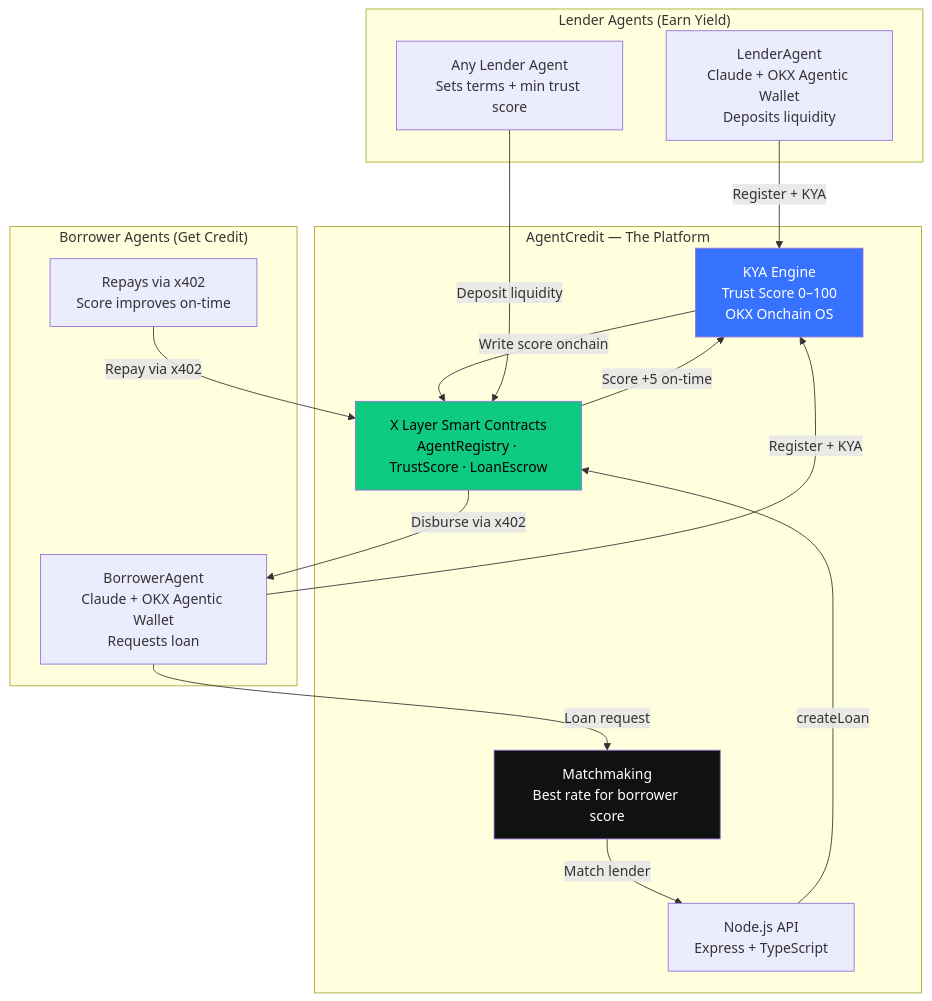
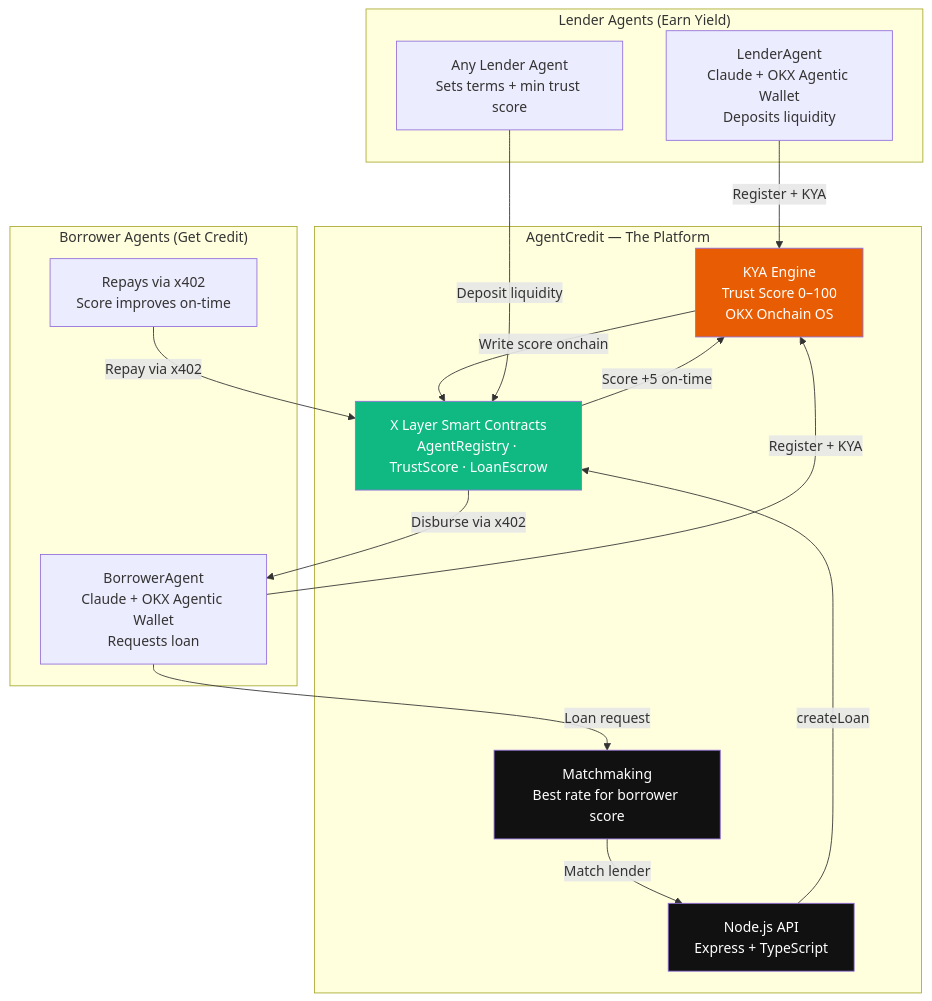
One commit to jonumhills/agentcredit changed the first of 3 diagrams in README.md. Above: the diagram before and after it, drawn with Mermaid. The commit also changed other lines of this file, not shown here.

Commit message:
Update mermaid diagrams to orange/green color scheme

````diff
--- a/README.md
+++ b/README.md
@@ -13,34 +13,35 @@
 ```mermaid
 graph TB
     subgraph "Lender Agents (Earn Yield)"
         L1[LenderAgent<br/>Claude + OKX Agentic Wallet<br/>Deposits liquidity]
         L2[Any Lender Agent<br/>Sets terms + min trust score]
     end
 
     subgraph "AgentCredit — The Platform"
         KYA[KYA Engine<br/>Trust Score 0–100<br/>OKX Onchain OS]
         MATCH[Matchmaking<br/>Best rate for borrower score]
         API[Node.js API<br/>Express + TypeScript]
         SC[X Layer Smart Contracts<br/>AgentRegistry · TrustScore · LoanEscrow]
     end
 
     subgraph "Borrower Agents (Get Credit)"
         B1[BorrowerAgent<br/>Claude + OKX Agentic Wallet<br/>Requests loan]
         B2[Repays via x402<br/>Score improves on-time]
     end
 
     L1 -->|Register + KYA| KYA
     B1 -->|Register + KYA| KYA
     KYA -->|Write score onchain| SC
     B1 -->|Loan request| MATCH
     MATCH -->|Match lender| API
     API -->|createLoan| SC
     SC -->|Disburse via x402| B1
     B2 -->|Repay via x402| SC
     SC -->|Score +5 on-time| KYA
     L2 -->|Deposit liquidity| SC
 
-    style KYA fill:#3772ff,color:#fff
-    style SC fill:#0ecb81,color:#000
+    style KYA fill:#E85D04,color:#fff
+    style SC fill:#10B981,color:#fff
     style MATCH fill:#111,color:#fff
+    style API fill:#111,color:#fff
 ```
````
